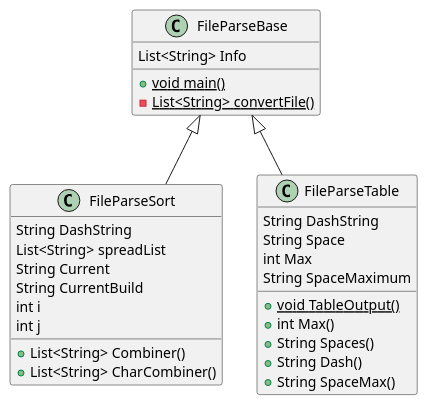
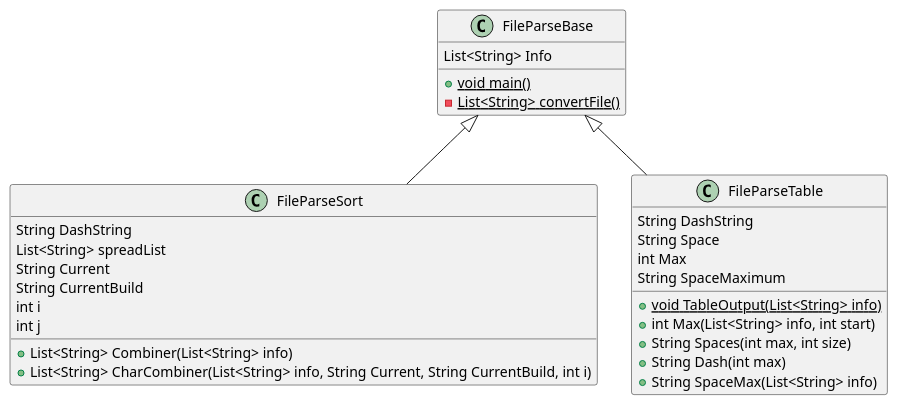
The diagram in docs/ex42.puml (SmokeIce593/parrish-cop3330-assignment3), drawn with PlantUML before and after one commit. The commit also changed 10 other files, not shown here.

```diff
--- a/docs/ex42.puml
+++ b/docs/ex42.puml
@@ -1,37 +1,37 @@
 @startuml
 'https://plantuml.com/class-diagram
 
 
 
 class FileParseSort{
-    + List<String> Combiner()
-    + List<String> CharCombiner()
+    + List<String> Combiner(List<String> info)
+    + List<String> CharCombiner(List<String> info, String Current, String CurrentBuild, int i)
       String DashString
       List<String> spreadList
       String Current
       String CurrentBuild
       int i
       int j
 }
 
 class FileParseBase{
      List<String> Info
    + {static} void main()
    - {static} List<String> convertFile()
 }
 
 class FileParseTable{
-    + {static} void TableOutput()
-    + int Max()
-    + String Spaces()
-    + String Dash()
-    + String SpaceMax()
+    + {static} void TableOutput(List<String> info)
+    + int Max(List<String> info, int start)
+    + String Spaces(int max, int size)
+    + String Dash(int max)
+    + String SpaceMax(List<String> info)
       String DashString
       String Space
       int Max
       String SpaceMaximum
 }
 FileParseBase <|-- FileParseSort
 FileParseBase <|-- FileParseTable
 
 @enduml
```
